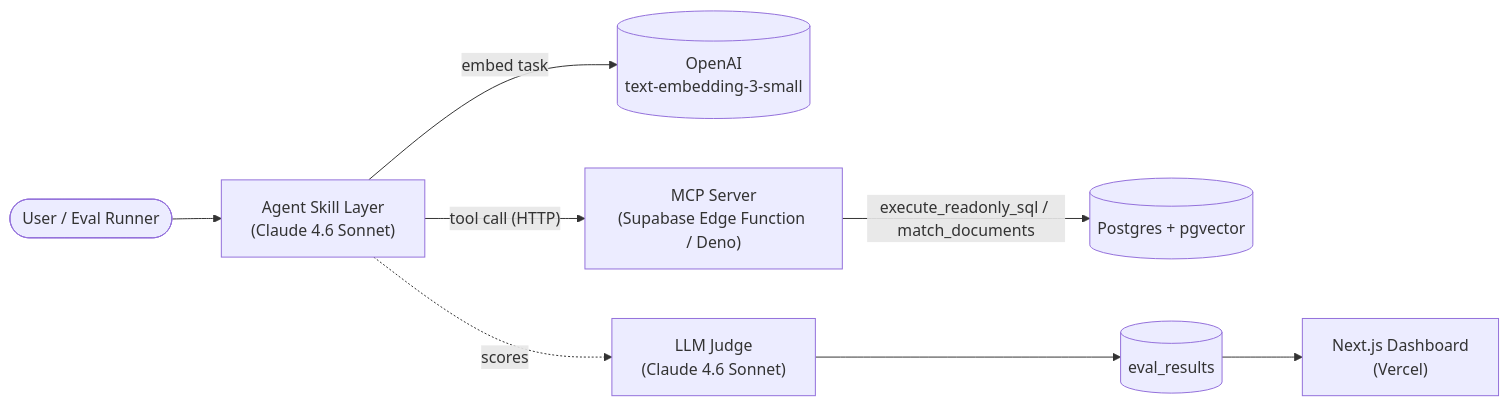
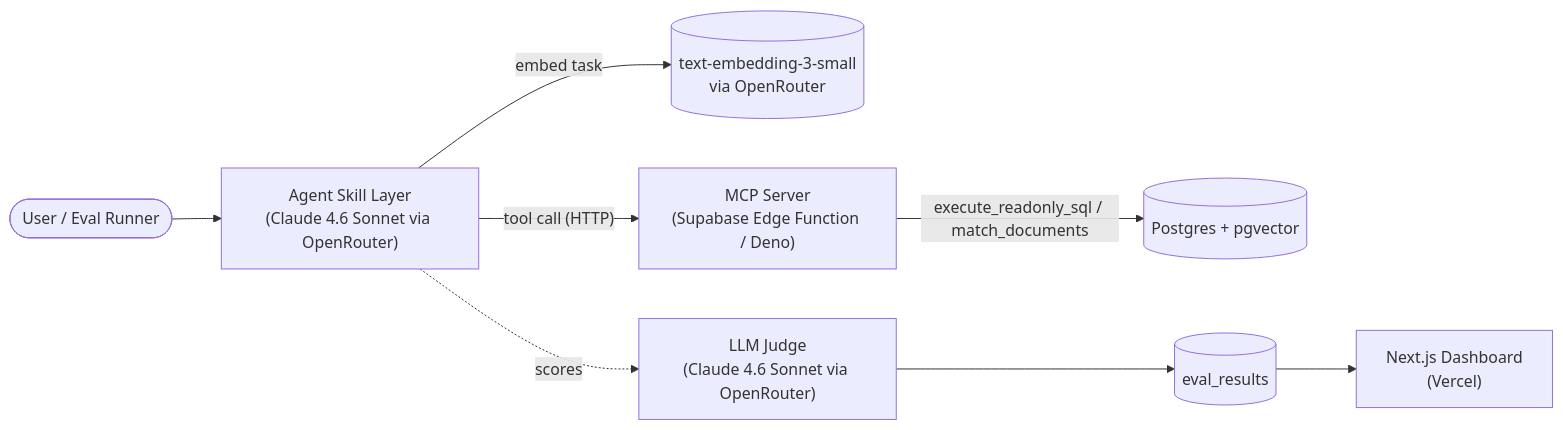
Before and after one commit to Raygama/supabase-eval: the diagram in README.md, drawn with Mermaid. The commit also changed other lines of this file and 5 other files, not shown here.

````diff
--- a/README.md
+++ b/README.md
@@ -15,10 +15,10 @@
 ```mermaid
 flowchart LR
-    User([User / Eval Runner]) --> Agent["Agent Skill Layer<br/>(Claude 4.6 Sonnet)"]
-    Agent -- "embed task" --> OpenAI[(OpenAI<br/>text-embedding-3-small)]
+    User([User / Eval Runner]) --> Agent["Agent Skill Layer<br/>(Claude 4.6 Sonnet via OpenRouter)"]
+    Agent -- "embed task" --> OpenAI[(text-embedding-3-small<br/>via OpenRouter)]
     Agent -- "tool call (HTTP)" --> MCP["MCP Server<br/>(Supabase Edge Function / Deno)"]
     MCP -- "execute_readonly_sql / match_documents" --> DB[(Postgres + pgvector)]
-    Agent -. "scores" .-> Judge["LLM Judge<br/>(Claude 4.6 Sonnet)"]
+    Agent -. "scores" .-> Judge["LLM Judge<br/>(Claude 4.6 Sonnet via OpenRouter)"]
     Judge --> Results[(eval_results)]
     Results --> Dashboard["Next.js Dashboard<br/>(Vercel)"]
 ```
````
